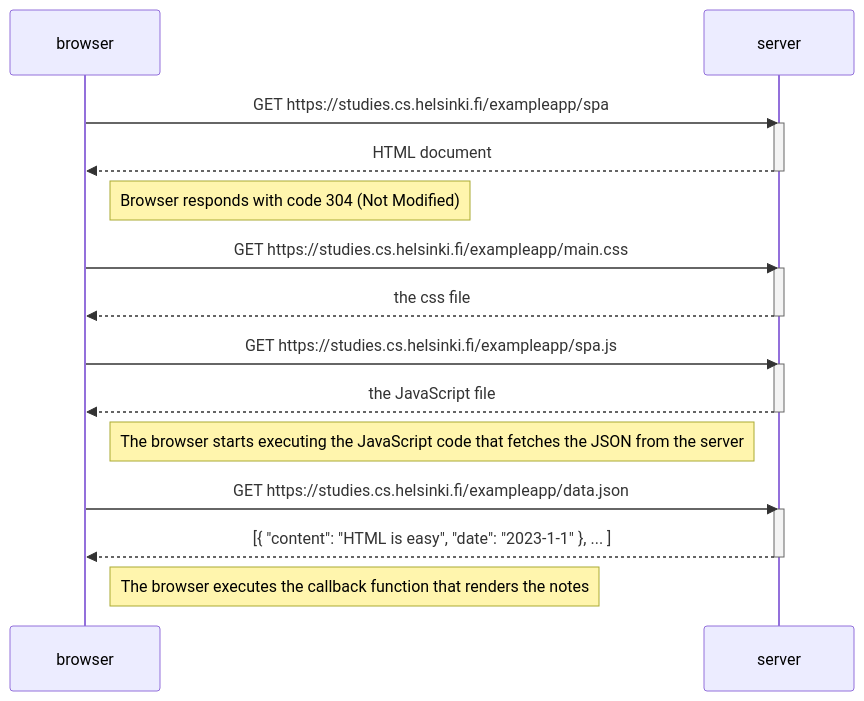
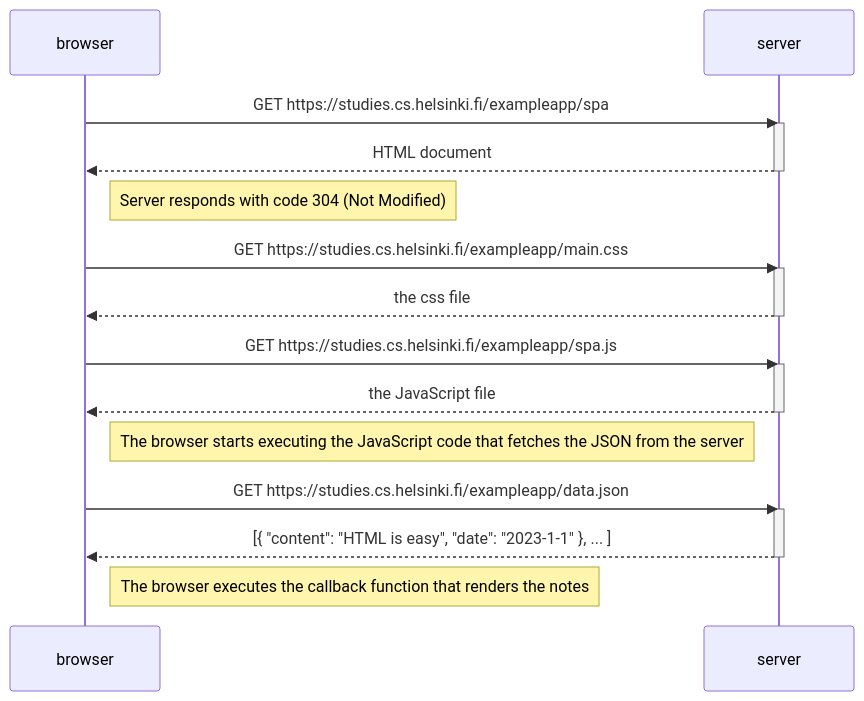
One commit to adiah-fullstack-open/part0 changed the diagram in singlePage.md. Above: the diagram before and after it, drawn with Mermaid. The commit also changed 1 other file, not shown here.

Commit message:
New note spa

````diff
--- a/singlePage.md
+++ b/singlePage.md
@@ -1,31 +1,31 @@
 ```mermaid
 sequenceDiagram
 	participant browser
 	participant server
 
 	browser->>server: GET https://studies.cs.helsinki.fi/exampleapp/spa
     activate server
     server-->>browser: HTML document
     deactivate server
 
-	Note right of browser: Browser responds with code 304 (Not Modified)
+	Note right of browser: Server responds with code 304 (Not Modified)
 
     browser->>server: GET https://studies.cs.helsinki.fi/exampleapp/main.css
     activate server
     server-->>browser: the css file
     deactivate server
 
     browser->>server: GET https://studies.cs.helsinki.fi/exampleapp/spa.js
     activate server
     server-->>browser: the JavaScript file
     deactivate server
 
     Note right of browser: The browser starts executing the JavaScript code that fetches the JSON from the server
 
     browser->>server: GET https://studies.cs.helsinki.fi/exampleapp/data.json
     activate server
     server-->>browser: [{ "content": "HTML is easy", "date": "2023-1-1" }, ... ]
     deactivate server
 
     Note right of browser: The browser executes the callback function that renders the notes
 ```
````
